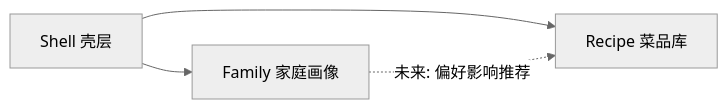
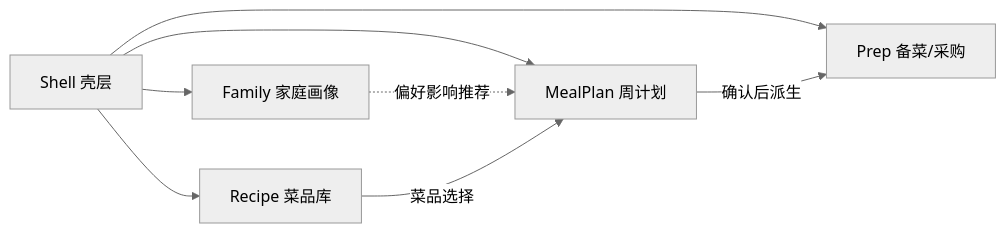
Before and after one commit to Yggdrasil-Labs/mealmate-web: the diagram in docs/DOMAINS.md, drawn with Mermaid (neutral theme). The commit also changed other lines of this file and 3 other files, not shown here.

Commit message:
feat(meal-plan): 补齐 replaceItem 链路、生成覆盖确认，同步 DOMAINS.md

````diff
--- a/docs/DOMAINS.md
+++ b/docs/DOMAINS.md
@@ -26,6 +28,10 @@
 ```mermaid
 flowchart LR
   Shell["Shell 壳层"] --> Family["Family 家庭画像"]
   Shell --> Recipe["Recipe 菜品库"]
-  Family -.->|"未来: 偏好影响推荐"| Recipe
+  Shell --> MealPlan["MealPlan 周计划"]
+  Shell --> Prep["Prep 备菜/采购"]
+  Family -.->|"偏好影响推荐"| MealPlan
+  Recipe -->|"菜品选择"| MealPlan
+  MealPlan -->|"确认后派生"| Prep
 ```
````
